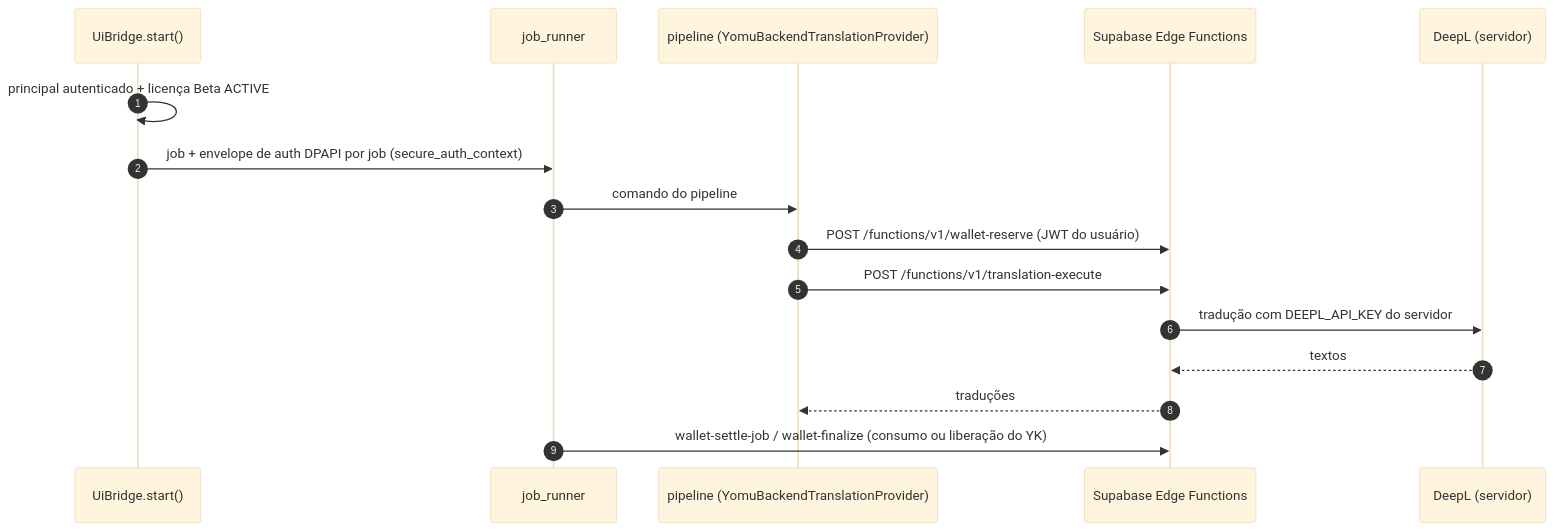
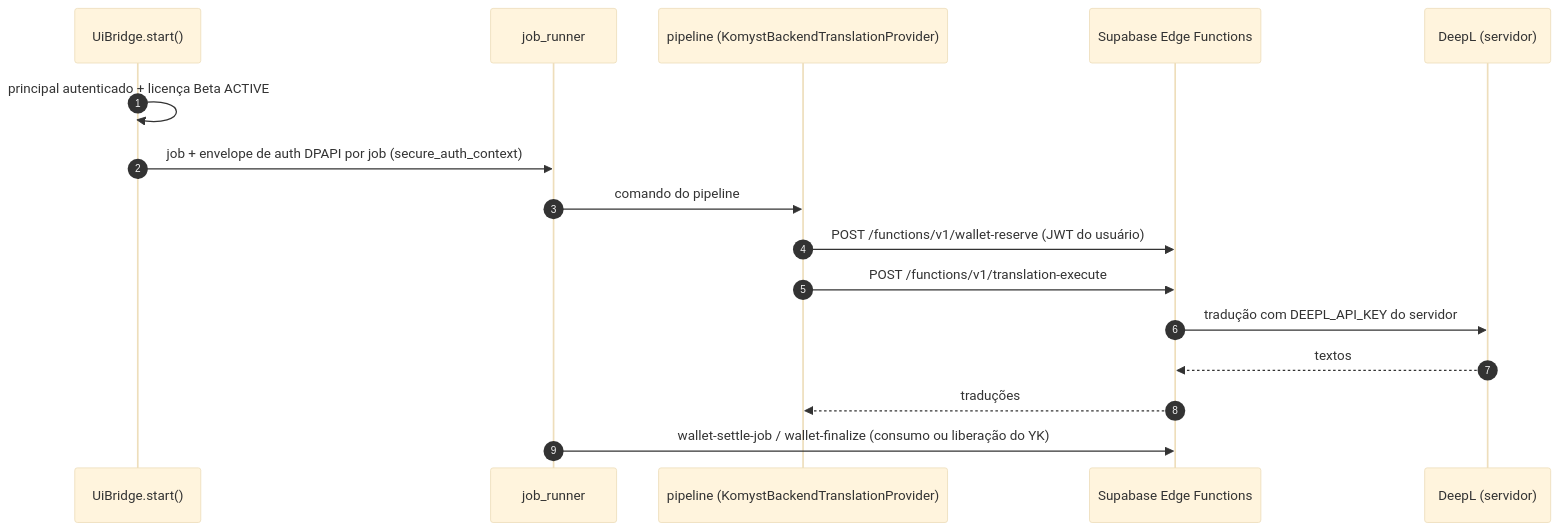
The eighth of 17 diagrams in docs/technical/DOCUMENTACAO_TECNICA.md (HenriquePvAr/Yomu-Sekai), drawn with Mermaid (base theme) before and after one commit. The commit also changed other lines of this file and 49 other files, not shown here.

````diff
--- a/docs/technical/DOCUMENTACAO_TECNICA.md
+++ b/docs/technical/DOCUMENTACAO_TECNICA.md
@@ -1053,18 +1052,18 @@
 ```mermaid
 sequenceDiagram
     autonumber
     participant UI as UiBridge.start()
     participant R as job_runner
-    participant P as pipeline (YomuBackendTranslationProvider)
+    participant P as pipeline (KomystBackendTranslationProvider)
     participant EF as Supabase Edge Functions
     participant DL as DeepL (servidor)
     UI->>UI: principal autenticado + licença Beta ACTIVE
     UI->>R: job + envelope de auth DPAPI por job (secure_auth_context)
     R->>P: comando do pipeline
     P->>EF: POST /functions/v1/wallet-reserve (JWT do usuário)
     P->>EF: POST /functions/v1/translation-execute
     EF->>DL: tradução com DEEPL_API_KEY do servidor
     DL-->>EF: textos
     EF-->>P: traduções
     R->>EF: wallet-settle-job / wallet-finalize (consumo ou liberação do YK)
 ```
````
